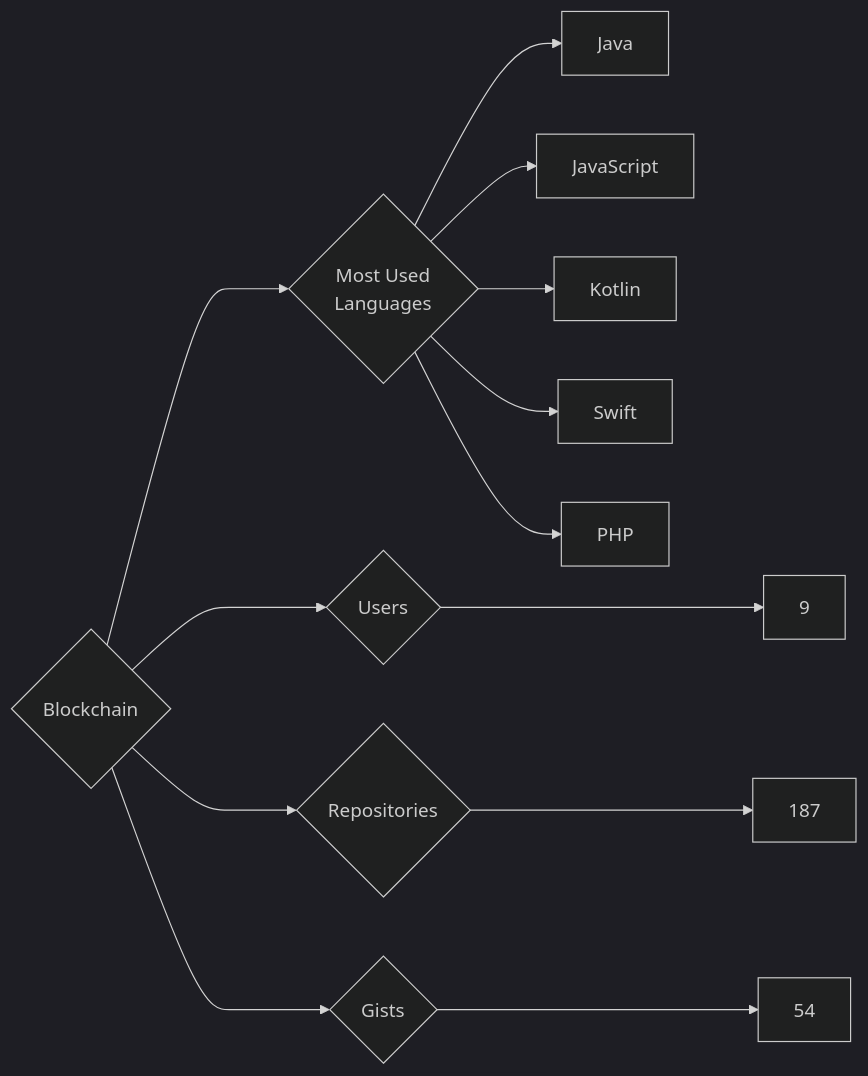
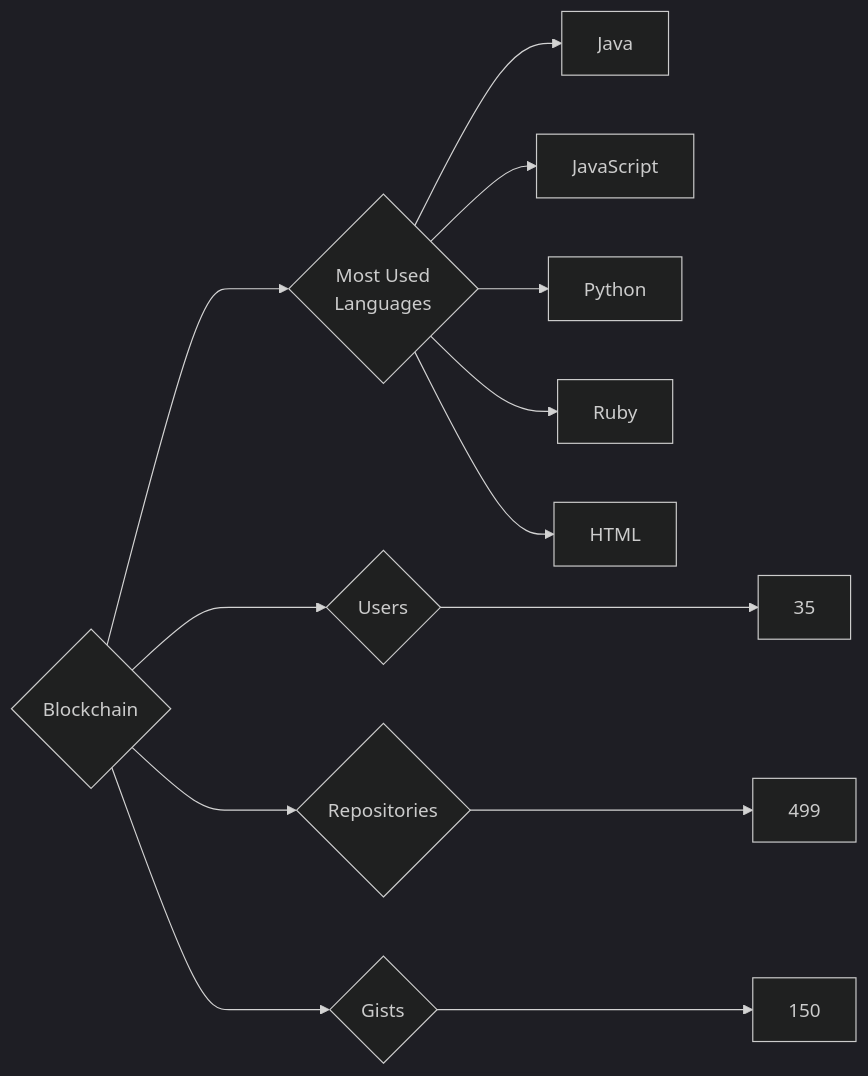
One commit to trickest/insiders changed the diagram in targets/Blockchain/README.md. Above: the diagram before and after it, drawn with Mermaid (dark theme). The commit also changed 845 other files, not shown here.

````diff
--- a/targets/Blockchain/README.md
+++ b/targets/Blockchain/README.md
@@ -3,13 +3,13 @@
 ```mermaid
 graph LR
 COMPANY_NAME{Blockchain}
-COMPANY_NAME ---> U{Users} ---> UN[9]
-COMPANY_NAME ---> R{Repositories} ---> RN[187]
-COMPANY_NAME ---> G{Gists} ---> GN[54]
+COMPANY_NAME ---> U{Users} ---> UN[35]
+COMPANY_NAME ---> R{Repositories} ---> RN[499]
+COMPANY_NAME ---> G{Gists} ---> GN[150]
 COMPANY_NAME ---> ML{Most Used<br>Languages}
 ML --> Java[Java]
 ML --> JavaScript[JavaScript]
-ML --> Kotlin[Kotlin]
-ML --> Swift[Swift]
-ML --> PHP[PHP]
+ML --> Python[Python]
+ML --> Ruby[Ruby]
+ML --> HTML[HTML]
 ```
````
